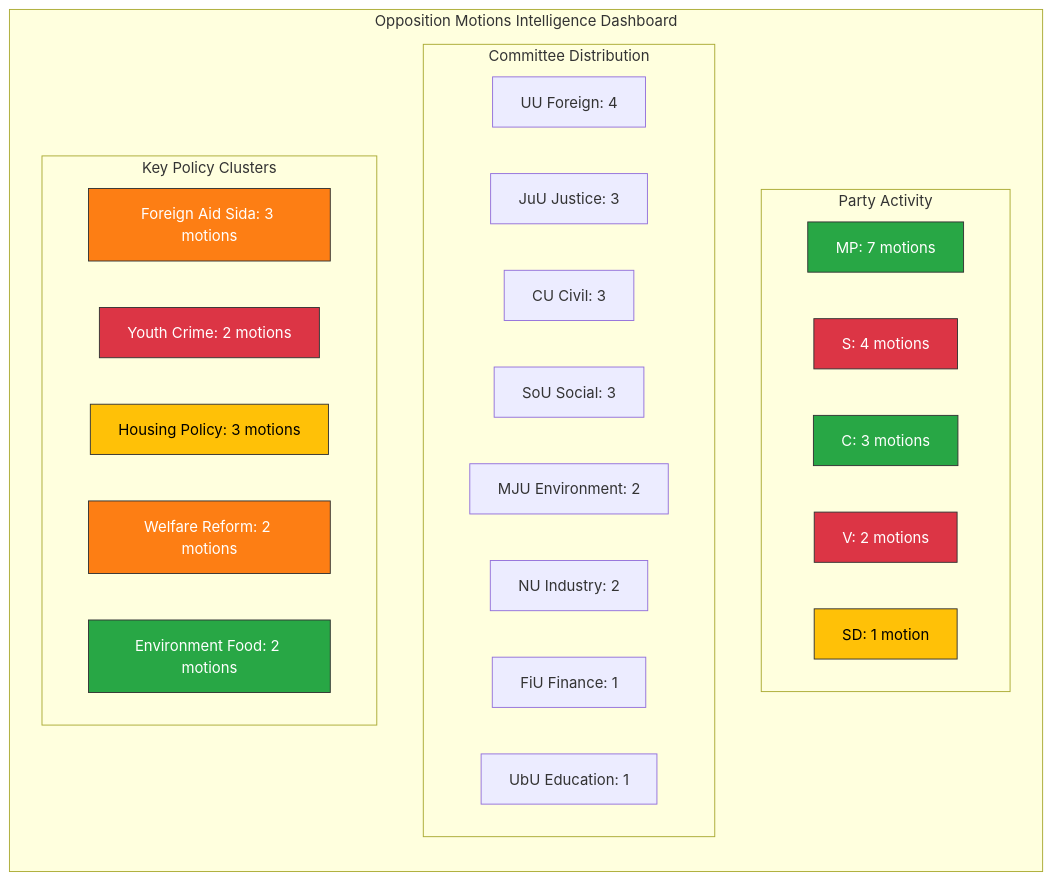
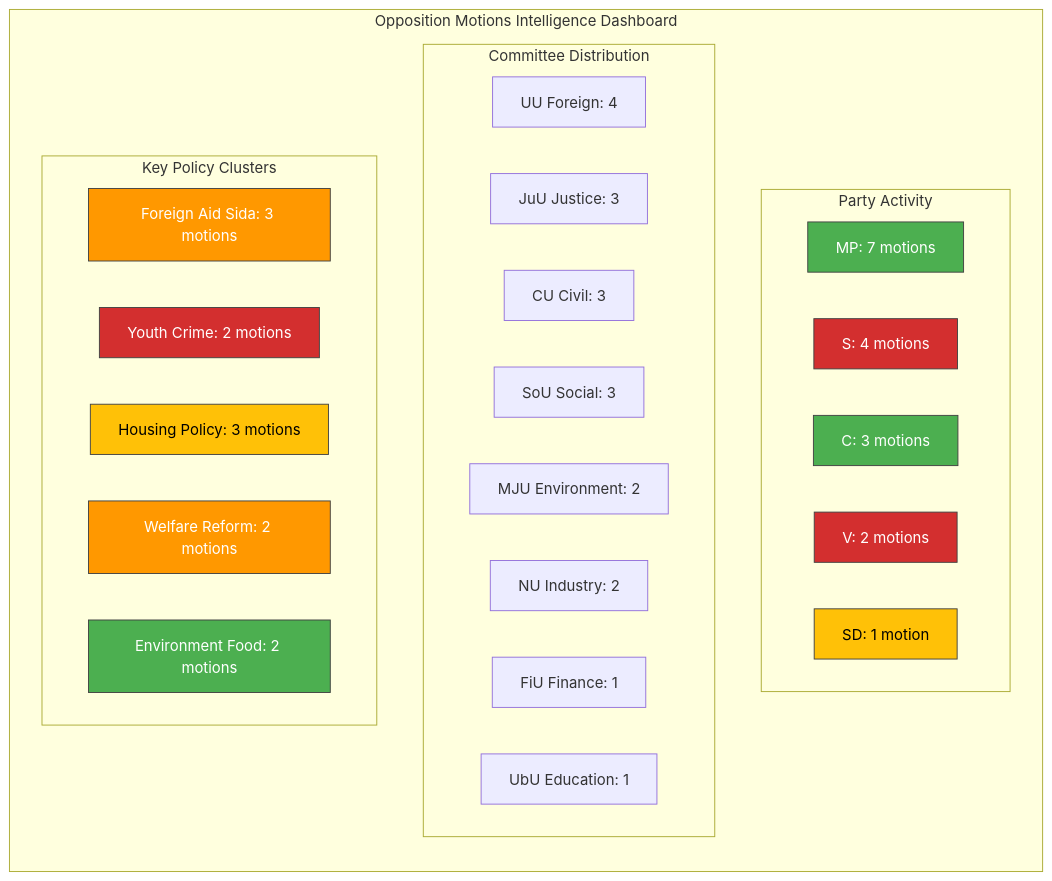
The first of 2 diagrams in analysis/daily/2026-04-10/motions/synthesis-summary.md (Hack23/riksdagsmonitor), drawn with Mermaid before and after one commit. The commit also changed other lines of this file and 785 other files, not shown here.

First line of the commit message:
Normalize mermaid colors across 786 analysis artifacts to ISMS Style Guide palette

````diff
--- a/analysis/daily/2026-04-10/motions/synthesis-summary.md
+++ b/analysis/daily/2026-04-10/motions/synthesis-summary.md
@@ -15,40 +15,40 @@
 ```mermaid
 graph TD
     subgraph "Opposition Motions Intelligence Dashboard"
         direction TB
         subgraph "Party Activity"
             MP["MP: 7 motions"]
             S["S: 4 motions"]
             C["C: 3 motions"]
             V["V: 2 motions"]
             SD["SD: 1 motion"]
         end
         subgraph "Committee Distribution"
             UU["UU Foreign: 4"]
             JuU["JuU Justice: 3"]
             CU["CU Civil: 3"]
             SoU["SoU Social: 3"]
             MJU["MJU Environment: 2"]
             NU["NU Industry: 2"]
             FiU["FiU Finance: 1"]
             UbU["UbU Education: 1"]
         end
         subgraph "Key Policy Clusters"
             AID["Foreign Aid Sida: 3 motions"]
             CRIME["Youth Crime: 2 motions"]
             HOUSING["Housing Policy: 3 motions"]
             WELFARE["Welfare Reform: 2 motions"]
             ENV["Environment Food: 2 motions"]
         end
     end
-    style MP fill:#28a745,stroke:#333,color:#fff
-    style S fill:#dc3545,stroke:#333,color:#fff
-    style C fill:#28a745,stroke:#333,color:#fff
-    style V fill:#dc3545,stroke:#333,color:#fff
-    style SD fill:#ffc107,stroke:#333,color:#000
-    style AID fill:#fd7e14,stroke:#333,color:#fff
-    style CRIME fill:#dc3545,stroke:#333,color:#fff
-    style HOUSING fill:#ffc107,stroke:#333,color:#000
-    style WELFARE fill:#fd7e14,stroke:#333,color:#fff
-    style ENV fill:#28a745,stroke:#333,color:#fff
+    style MP fill:#4CAF50,stroke:#424242,color:#FFFFFF
+    style S fill:#D32F2F,stroke:#424242,color:#FFFFFF
+    style C fill:#4CAF50,stroke:#424242,color:#FFFFFF
+    style V fill:#D32F2F,stroke:#424242,color:#FFFFFF
+    style SD fill:#FFC107,stroke:#424242,color:#000000
+    style AID fill:#FF9800,stroke:#424242,color:#FFFFFF
+    style CRIME fill:#D32F2F,stroke:#424242,color:#FFFFFF
+    style HOUSING fill:#FFC107,stroke:#424242,color:#000000
+    style WELFARE fill:#FF9800,stroke:#424242,color:#FFFFFF
+    style ENV fill:#4CAF50,stroke:#424242,color:#FFFFFF
 ```
````
